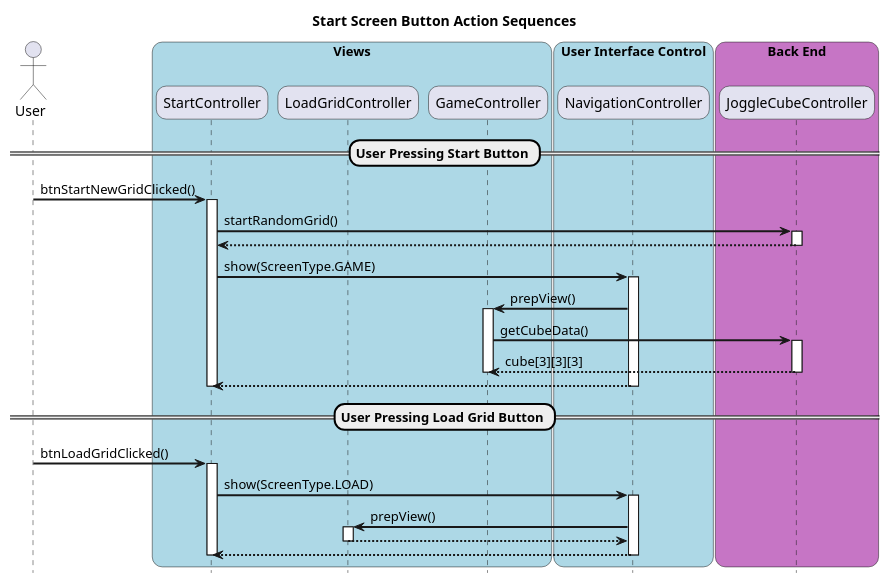
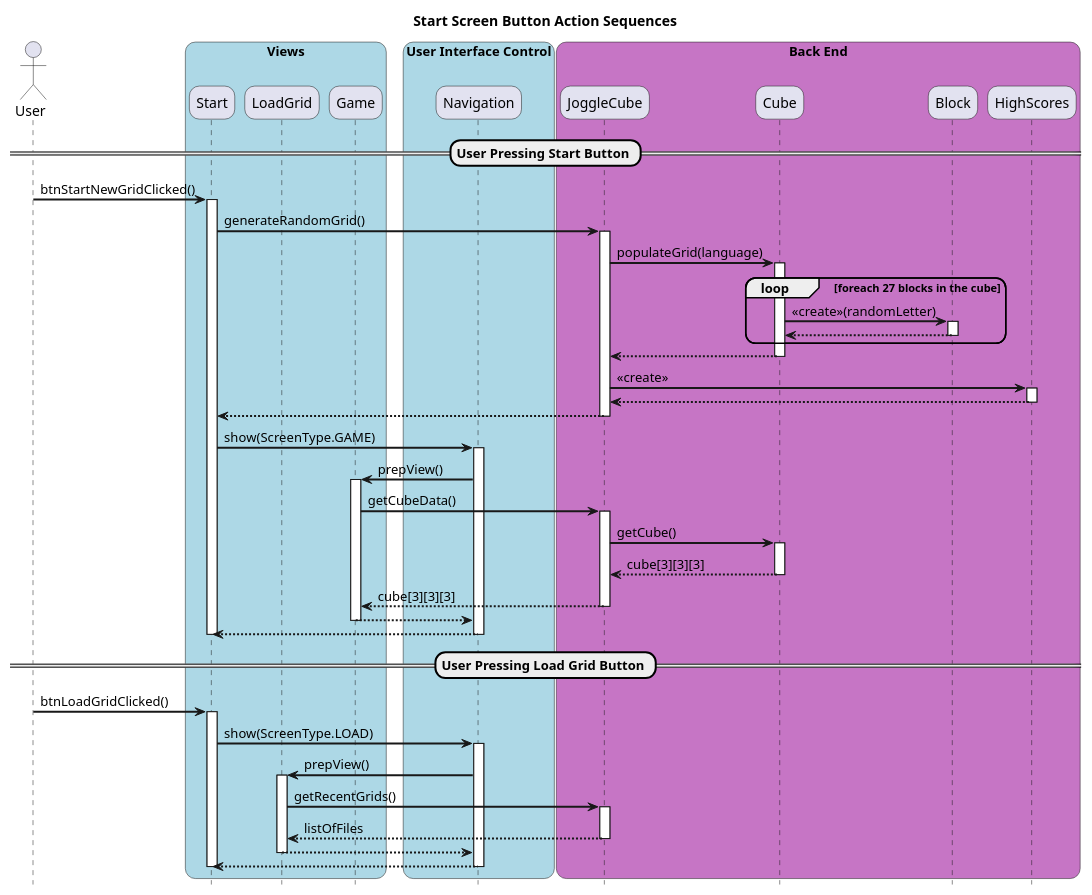
The diagram in docs/Sequence/StartScreen.pu (rhys3010/JoggleCube), drawn with PlantUML before and after one commit. The commit also changed 2 other files, not shown here.

Commit message:
completed start sequence diagram

```diff
--- a/docs/Sequence/StartScreen.pu
+++ b/docs/Sequence/StartScreen.pu
@@ -1,69 +1,94 @@
 @startuml
 hide footbox
 
 title Start Screen Button Action Sequences
 
 skinparam sequenceArrowThickness 2
 skinparam roundcorner 20
 skinparam maxmessagesize 60
 
 
 actor User
 
 box "Views" #LightBlue
 
-participant StartController
-participant LoadGridController
-participant GameController
+participant Start
+participant LoadGrid
+participant Game
 
 end box
 
 box "User Interface Control" #LightBlue
 
-participant NavigationController
+participant Navigation
 
-end box 
-
+end box
 
 box "Back End" #c675c5
 
-participant JoggleCubeController
+participant JoggleCube
+participant Cube
+participant Block
+participant HighScores
 
 end box
 == User Pressing Start Button ==
 
-User -> StartController : btnStartNewGridClicked()
-activate StartController
-    StartController -> JoggleCubeController : startRandomGrid()
-    activate JoggleCubeController
-        JoggleCubeController --> StartController
-    deactivate JoggleCubeController
-StartController -> NavigationController : show(ScreenType.GAME)
-    activate NavigationController
-        NavigationController -> GameController: prepView()
-        activate GameController
-            GameController -> JoggleCubeController : getCubeData()
-            activate JoggleCubeController
-                JoggleCubeController --> GameController : cube[3][3][3]
-            deactivate JoggleCubeController
-        deactivate GameController
-        NavigationController --> StartController
-    deactivate NavigationController
-deactivate StartController
+User -> Start : btnStartNewGridClicked()
+activate Start
+    Start -> JoggleCube : generateRandomGrid()
+    activate JoggleCube
+        JoggleCube -> Cube : populateGrid(language)
+        activate Cube
+            loop foreach 27 blocks in the cube
+                Cube -> Block : <<create>>(randomLetter)
+                activate Block
+                    Block --> Cube
+                deactivate Block
+            end
+            Cube --> JoggleCube
+        deactivate Cube
+        JoggleCube -> HighScores : <<create>>
+        activate HighScores
+            HighScores --> JoggleCube
+        deactivate HighScores
+        JoggleCube --> Start
+    deactivate JoggleCube
+Start -> Navigation : show(ScreenType.GAME)
+    activate Navigation
+        Navigation -> Game: prepView()
+        activate Game
+            Game -> JoggleCube : getCubeData()
+            activate JoggleCube
+                JoggleCube -> Cube : getCube()
+                activate Cube
+                    Cube --> JoggleCube : cube[3][3][3]
+                deactivate Cube
+                JoggleCube --> Game : cube[3][3][3]
+            deactivate JoggleCube
+            Game --> Navigation
+        deactivate Game
+        Navigation --> Start
+    deactivate Navigation
+deactivate Start
 
 
 
 == User Pressing Load Grid Button ==
 
-User -> StartController : btnLoadGridClicked()
-activate StartController
-    StartController -> NavigationController : show(ScreenType.LOAD)
-    activate NavigationController
-        NavigationController -> LoadGridController : prepView()
-        activate LoadGridController
-        LoadGridController --> NavigationController
-        deactivate LoadGridController
-        NavigationController --> StartController
-    deactivate NavigationController
-deactivate StartController
+User -> Start : btnLoadGridClicked()
+activate Start
+    Start -> Navigation : show(ScreenType.LOAD)
+    activate Navigation
+        Navigation -> LoadGrid : prepView()
+        activate LoadGrid
+            LoadGrid -> JoggleCube : getRecentGrids()
+            activate JoggleCube
+                JoggleCube --> LoadGrid : listOfFiles
+            deactivate JoggleCube
+            LoadGrid --> Navigation
+        deactivate LoadGrid
+        Navigation --> Start
+    deactivate Navigation
+deactivate Start
 @enduml
```
